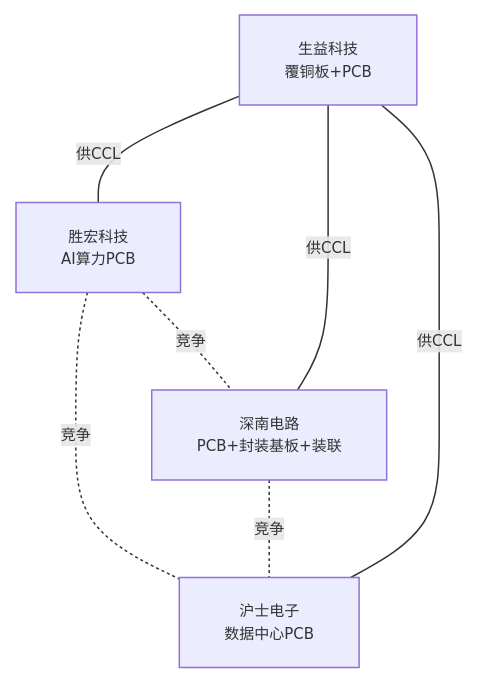
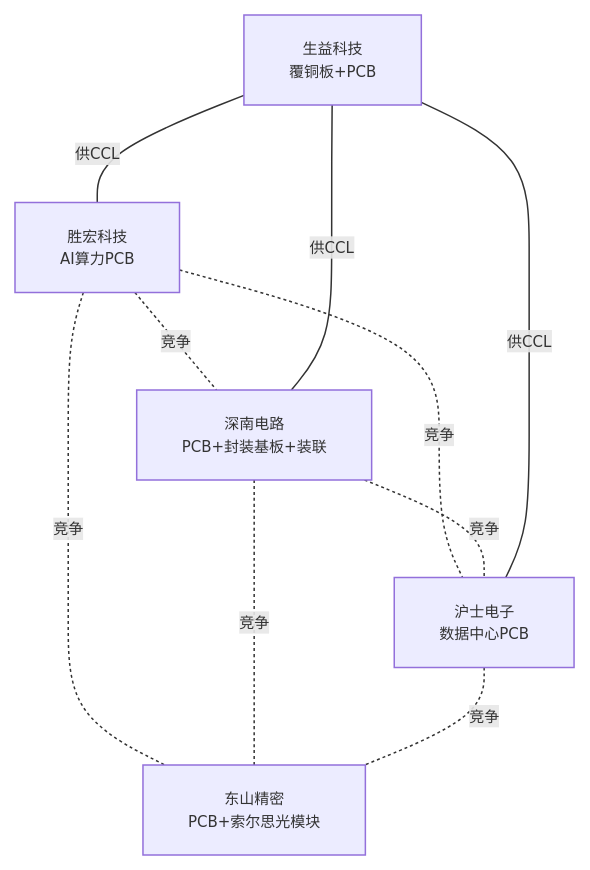
One commit to zhangbo1882/open-industry changed the fourth of 5 diagrams in industry/wiki/syntheses/公司关联图谱.md. Above: the diagram before and after it, drawn with Mermaid. The commit also changed other lines of this file and 71 other files, not shown here.

````diff
--- a/industry/wiki/syntheses/公司关联图谱.md
+++ b/industry/wiki/syntheses/公司关联图谱.md
@@ -204,17 +222,21 @@
 ```mermaid
 %%{init: {'themeVariables': {'fontSize': '10px'}}}%%
 graph TB
     胜宏科技[胜宏科技<br/>AI算力PCB]
     深南电路[深南电路<br/>PCB+封装基板+装联]
     沪士电子[沪士电子<br/>数据中心PCB]
+    东山精密[东山精密<br/>PCB+索尔思光模块]
     生益科技[生益科技<br/>覆铜板+PCB]
 
     胜宏科技 -.-|竞争| 深南电路
     胜宏科技 -.-|竞争| 沪士电子
     深南电路 -.-|竞争| 沪士电子
+    胜宏科技 -.-|竞争| 东山精密
+    深南电路 -.-|竞争| 东山精密
+    沪士电子 -.-|竞争| 东山精密
     生益科技 ---|供CCL| 胜宏科技
     生益科技 ---|供CCL| 深南电路
     生益科技 ---|供CCL| 沪士电子
 
     classDef competition fill:#ffd43b,color:#333,stroke:#fab005
 ```
````
